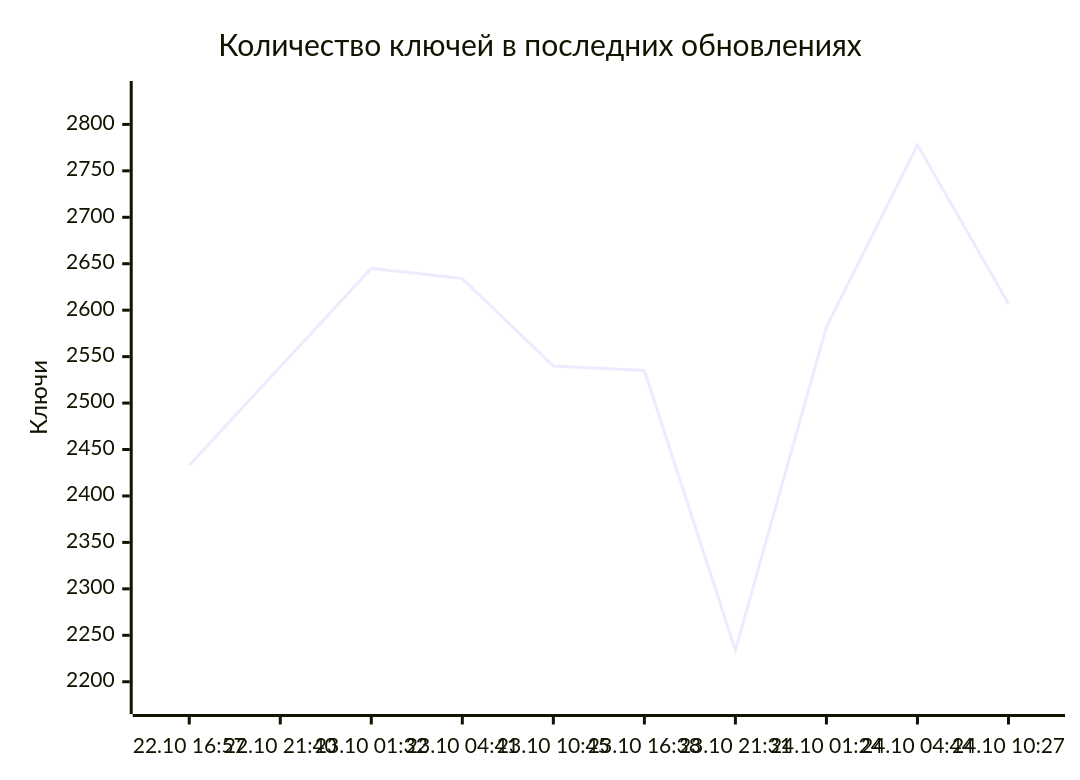
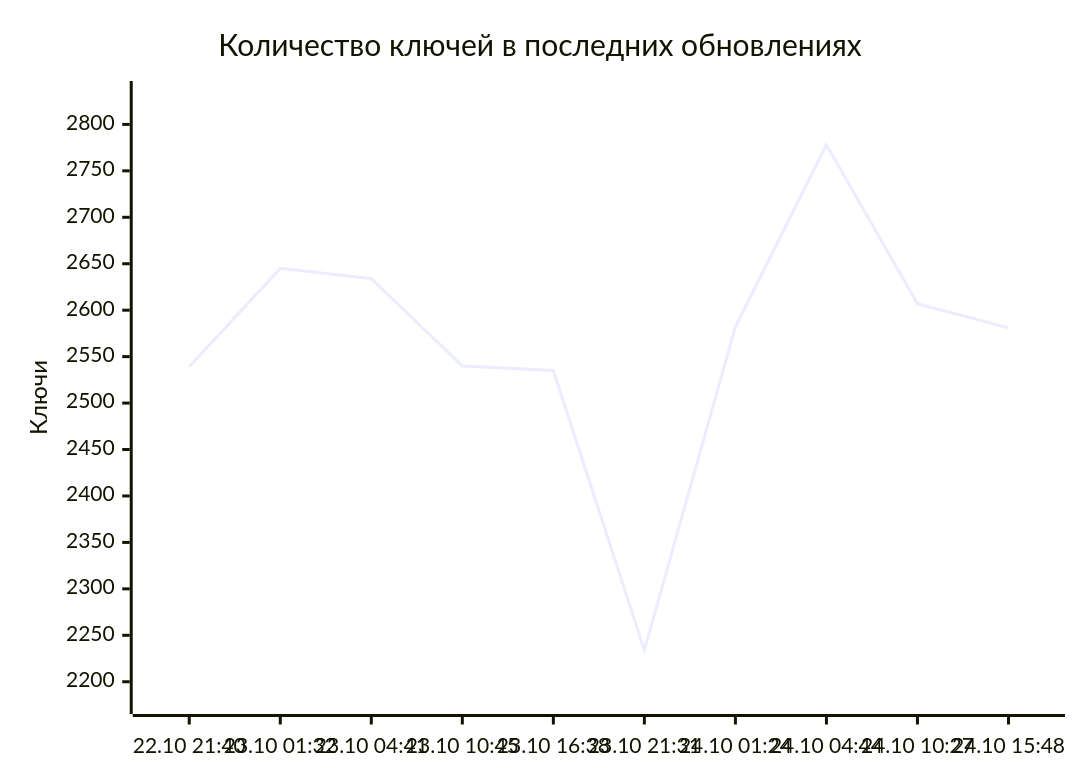
One commit to markKikhtenko/WireVeil changed the diagram in README.md. Above: the diagram before and after it, drawn with Mermaid. The commit also changed other lines of this file and 12 other files, not shown here.

````diff
--- a/README.md
+++ b/README.md
@@ -55,7 +55,7 @@
 ```mermaid
 xychart-beta
     title "Количество ключей в последних обновлениях"
-    x-axis ["22.10 16:57", "22.10 21:40", "23.10 01:32", "23.10 04:41", "23.10 10:45", "23.10 16:38", "23.10 21:31", "24.10 01:24", "24.10 04:44", "24.10 10:27"]
+    x-axis ["22.10 21:40", "23.10 01:32", "23.10 04:41", "23.10 10:45", "23.10 16:38", "23.10 21:31", "24.10 01:24", "24.10 04:44", "24.10 10:27", "24.10 15:48"]
     y-axis "Ключи" 2179 --> 2833
-    line [2433, 2539, 2645, 2634, 2540, 2535, 2234, 2582, 2778, 2607]
+    line [2539, 2645, 2634, 2540, 2535, 2234, 2582, 2778, 2607, 2581]
 ```
````
